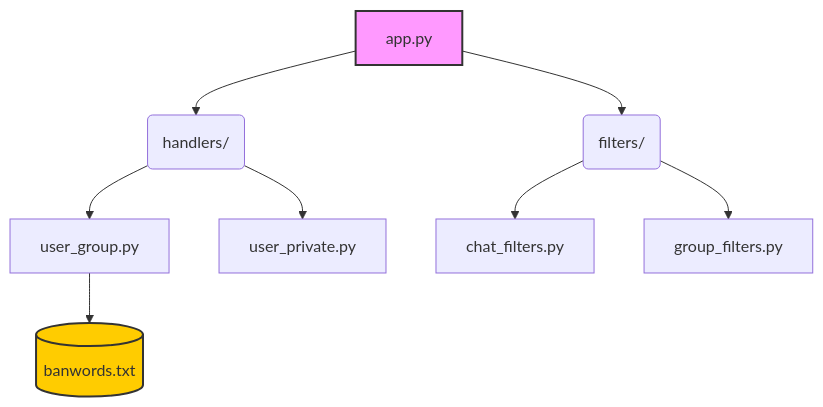
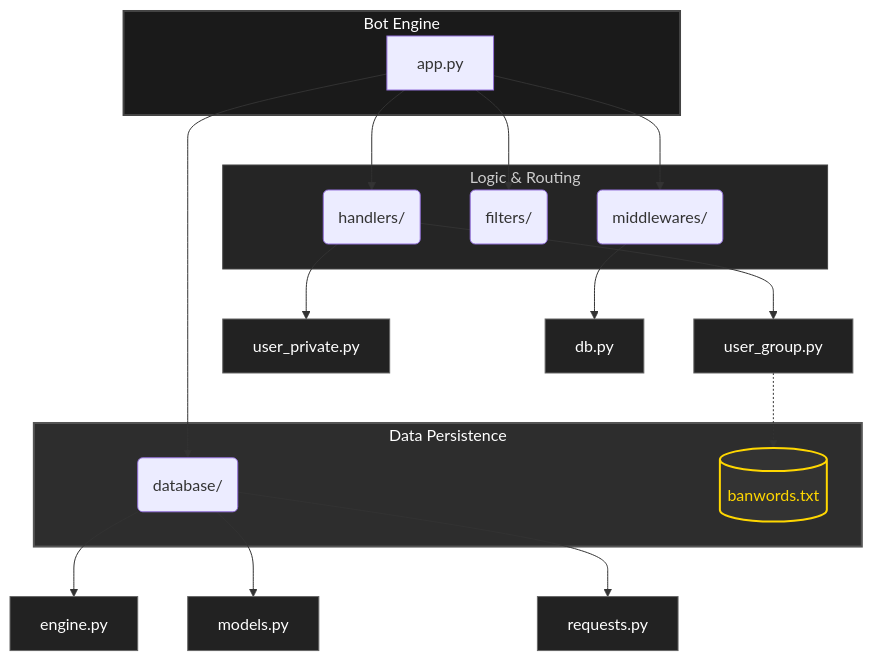
The diagram in README.md (kapusta123b/Telegram-Moderation-Bot), drawn with Mermaid before and after one commit. The commit also changed other lines of this file and 1 other file, not shown here.

Commit message:
update Readme.md and information about bot in user_private.py

````diff
--- a/README.md
+++ b/README.md
@@ -37,13 +68,44 @@
 ```mermaid
 graph TD
-    A[app.py] --> B(handlers/)
-    A --> C(filters/)
+    subgraph Core[Bot Engine]
+        A[app.py]
+    end
+
+    subgraph Logic[Logic & Routing]
+        B(handlers/)
+        C(filters/)
+        F(middlewares/)
+    end
+
+    subgraph Storage[Data Persistence]
+        E(database/)
+        D[(banwords.txt)]
+    end
+
+    A --> B
+    A --> C
+    A --> E
+    A --> F
+    
     B --> B1[user_group.py]
     B --> B2[user_private.py]
-    B1 --> D[(banwords.txt)]
-    C --> C1[chat_filters.py]
-    C --> C2[group_filters.py]
+    B1 -.-> D
     
-    style A fill:#f9f,stroke:#333,stroke-width:2px
-    style D fill:#ffcc00,stroke:#333,stroke-width:2px
+    E --> E1[engine.py]
+    E --> E2[models.py]
+    E --> E3[requests.py]
+    
+    F --> F1[db.py]
+    
+    %% Dark Professional Theme
+    style Core fill:#1a1a1a,stroke:#444,stroke-width:2px,color:#fff
+    style Storage fill:#2d2d2d,stroke:#555,stroke-width:2px,color:#fff
+    style Logic fill:#252525,stroke:#444,stroke-width:1px,color:#ccc
+    style D fill:#333,stroke:#ffd700,stroke-width:2px,color:#ffd700
+    style B1 fill:#222,stroke:#666,color:#fff
+    style B2 fill:#222,stroke:#666,color:#fff
+    style E1 fill:#222,stroke:#666,color:#fff
+    style E2 fill:#222,stroke:#666,color:#fff
+    style E3 fill:#222,stroke:#666,color:#fff
+    style F1 fill:#222,stroke:#666,color:#fff
 ```
````
